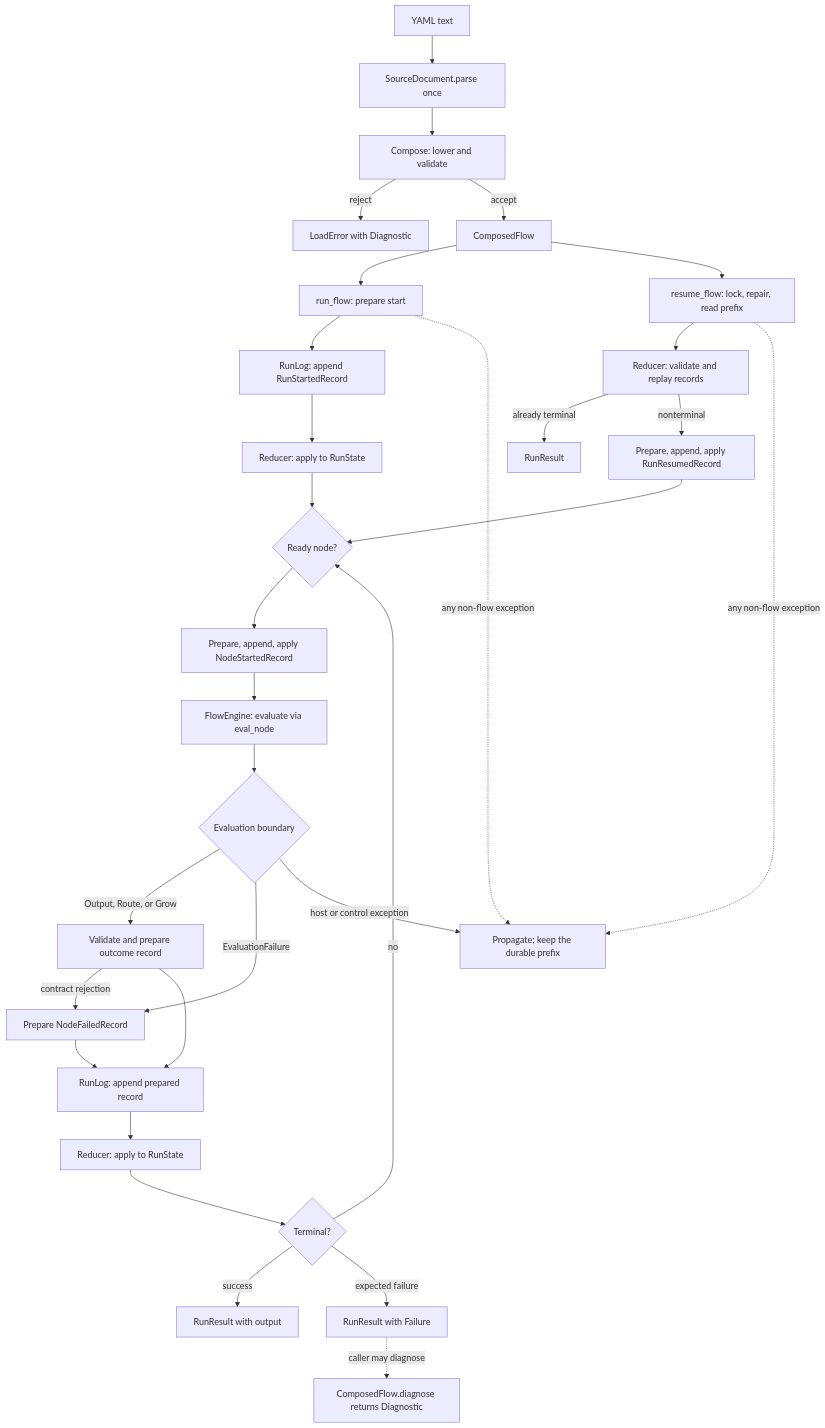
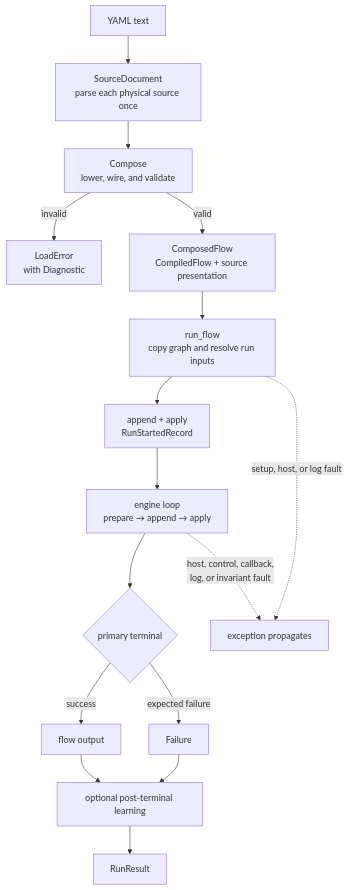
Before and after one commit to ngocbh/yian: the first of 2 diagrams in docs/architecture.md, drawn with Mermaid. The commit also changed other lines of this file, not shown here.

Commit message:
docs: map the YAML to result lifecycle

````diff
--- a/docs/architecture.md
+++ b/docs/architecture.md
@@ -47,36 +13,20 @@
 ```mermaid
 flowchart TD
-    yaml["YAML text"] --> document["SourceDocument.parse once"]
-    document --> compose["Compose: lower and validate"]
-    compose -->|reject| load_error["LoadError with Diagnostic"]
-    compose -->|accept| flow["ComposedFlow"]
+    yaml["YAML text"] --> document["SourceDocument<br/>parse each physical source once"]
+    document --> compose["Compose<br/>lower, wire, and validate"]
+    compose -->|invalid| load_error["LoadError<br/>with Diagnostic"]
+    compose -->|valid| composed["ComposedFlow<br/>CompiledFlow + source presentation"]
 
-    flow --> fresh["run_flow: prepare start"]
-    fresh --> start_log["RunLog: append RunStartedRecord"]
-    start_log --> start_apply["Reducer: apply to RunState"]
-    start_apply --> ready{"Ready node?"}
-    ready --> node_start["Prepare, append, apply NodeStartedRecord"]
-    node_start --> evaluate["FlowEngine: evaluate via eval_node"]
-    evaluate --> result{"Evaluation boundary"}
-    result -->|Output, Route, or Grow| outcome["Validate and prepare outcome record"]
-    result -->|EvaluationFailure| failed["Prepare NodeFailedRecord"]
-    outcome -->|contract rejection| failed
-    outcome --> append["RunLog: append prepared record"]
-    failed --> append
-    append --> apply["Reducer: apply to RunState"]
-    apply --> terminal{"Terminal?"}
-    terminal -->|no| ready
-    terminal -->|success| success["RunResult with output"]
-    terminal -->|expected failure| failure["RunResult with Failure"]
-    failure -. caller may diagnose .-> diagnose["ComposedFlow.diagnose returns Diagnostic"]
+    composed --> initialize["run_flow<br/>copy graph and resolve run inputs"]
+    initialize --> started["append + apply<br/>RunStartedRecord"]
+    started --> loop["engine loop<br/>prepare → append → apply"]
+    loop --> terminal{"primary terminal"}
+    terminal -->|success| output["flow output"]
+    terminal -->|expected failure| failure["Failure"]
+    output --> learning["optional post-terminal learning"]
+    failure --> learning
+    learning --> result["RunResult"]
 
-    flow --> resume["resume_flow: lock, repair, read prefix"]
-    resume --> replay["Reducer: validate and replay records"]
-    replay -->|already terminal| recovered["RunResult"]
-    replay -->|nonterminal| resumed["Prepare, append, apply RunResumedRecord"]
-    resumed --> ready
-
-    result -->|host or control exception| raised["Propagate; keep the durable prefix"]
-    fresh -. any non-flow exception .-> raised
-    resume -. any non-flow exception .-> raised
+    initialize -. "setup, host, or log fault" .-> raised["exception propagates"]
+    loop -. "host, control, callback,<br/>log, or invariant fault" .-> raised
 ```
````
